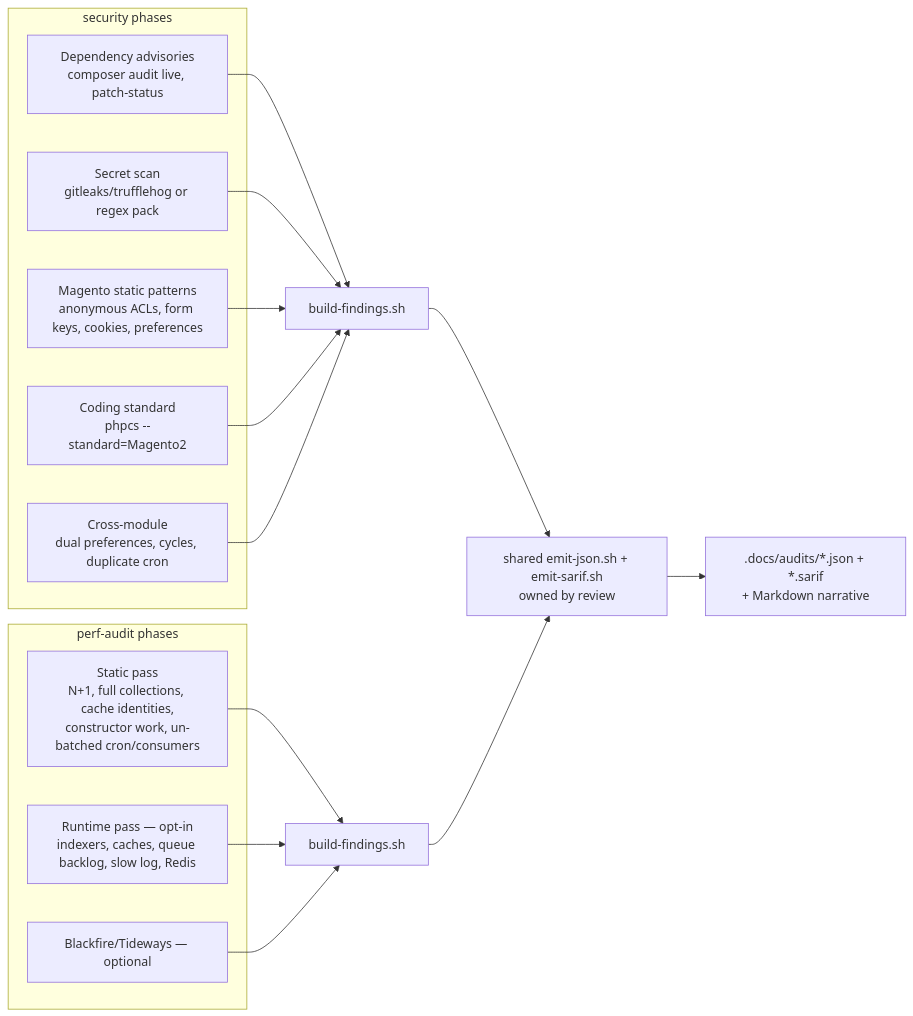
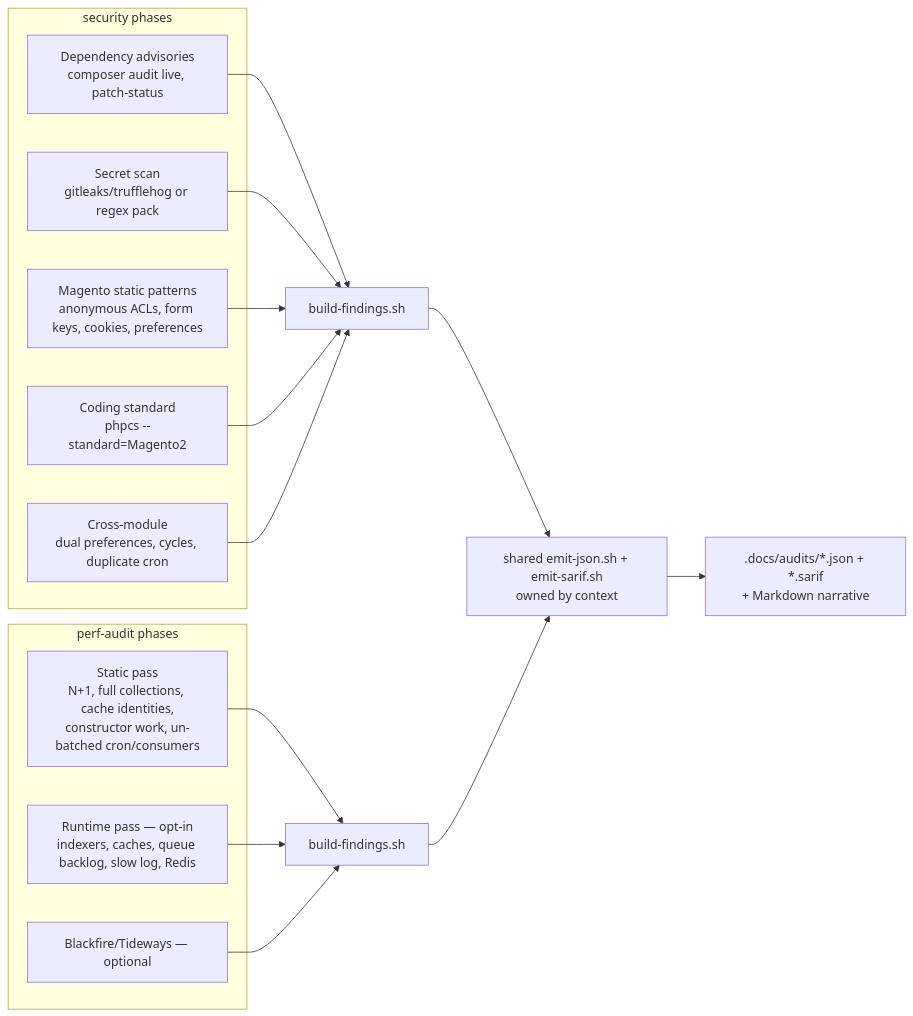
One commit to 5mehulhelp5/magento2-tools-muon-m2 changed the eighth of 8 diagrams in docs/flows-and-scenarios.md. Above: the diagram before and after it, drawn with Mermaid. The commit also changed other lines of this file and 37 other files, not shown here.

````diff
--- a/docs/flows-and-scenarios.md
+++ b/docs/flows-and-scenarios.md
@@ -304,19 +323,19 @@
 ```mermaid
 flowchart LR
     subgraph security [security phases]
         S2[Dependency advisories<br/>composer audit live, patch-status]
         S3[Secret scan<br/>gitleaks/trufflehog or regex pack]
         S4[Magento static patterns<br/>anonymous ACLs, form keys, cookies, preferences]
         S5[Coding standard<br/>phpcs --standard=Magento2]
         S6[Cross-module<br/>dual preferences, cycles, duplicate cron]
     end
     subgraph performance [perf-audit phases]
         T2[Static pass<br/>N+1, full collections, cache identities,<br/>constructor work, un-batched cron/consumers]
         T3[Runtime pass — opt-in<br/>indexers, caches, queue backlog, slow log, Redis]
         T4[Blackfire/Tideways — optional]
     end
     S2 & S3 & S4 & S5 & S6 --> BF1[build-findings.sh]
     T2 & T3 & T4 --> BF2[build-findings.sh]
-    BF1 & BF2 --> EMIT[shared emit-json.sh + emit-sarif.sh<br/>owned by review]
+    BF1 & BF2 --> EMIT[shared emit-json.sh + emit-sarif.sh<br/>owned by context]
     EMIT --> OUT[.docs/audits/*.json + *.sarif<br/>+ Markdown narrative]
 ```
````
